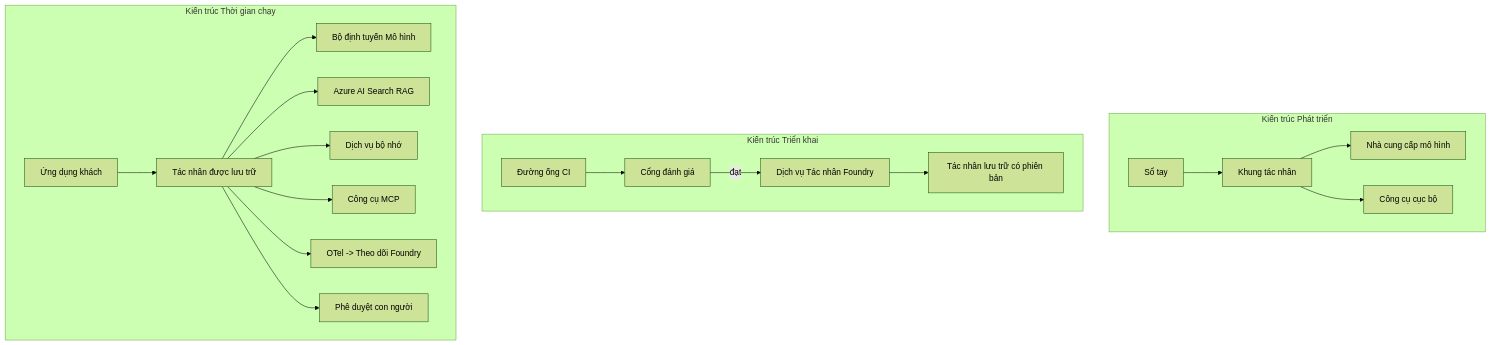
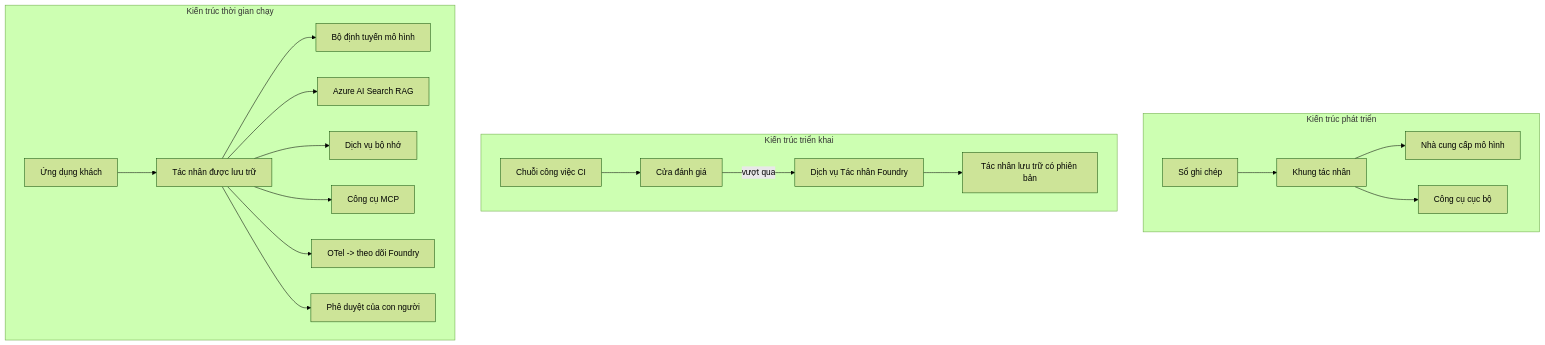
Before and after one commit to gabrielmoreira/agent-skills-mirror: the fourth of 4 diagrams in mirrors/repos/microsoft@ai-agents-for-beginners/translations/vi/16-deploying-scalable-agents/README.md, drawn with Mermaid (forest theme). The commit also changed other lines of this file and 4262 other files, not shown here.

````diff
--- a/mirrors/repos/microsoft@ai-agents-for-beginners/translations/vi/16-deploying-scalable-agents/README.md
+++ b/mirrors/repos/microsoft@ai-agents-for-beginners/translations/vi/16-deploying-scalable-agents/README.md
@@ -185,22 +185,22 @@
 ```mermaid
 flowchart TB
-    subgraph Dev[Kiến trúc Phát triển]
-        D1[Sổ tay] --> D2[Khung tác nhân]
+    subgraph Dev[Kiến trúc phát triển]
+        D1[Sổ ghi chép] --> D2[Khung tác nhân]
         D2 --> D3[Nhà cung cấp mô hình]
         D2 --> D4[Công cụ cục bộ]
     end
-    subgraph Deploy[Kiến trúc Triển khai]
-        E1[Đường ống CI] --> E2[Cổng đánh giá]
-        E2 -->|đạt| E3[Dịch vụ Tác nhân Foundry]
+    subgraph Deploy[Kiến trúc triển khai]
+        E1[Chuỗi công việc CI] --> E2[Cửa đánh giá]
+        E2 -->|vượt qua| E3[Dịch vụ Tác nhân Foundry]
         E3 --> E4[Tác nhân lưu trữ có phiên bản]
     end
-    subgraph Run[Kiến trúc Thời gian chạy]
+    subgraph Run[Kiến trúc thời gian chạy]
         F1[Ứng dụng khách] --> F2[Tác nhân được lưu trữ]
-        F2 --> F3[Bộ định tuyến Mô hình]
+        F2 --> F3[Bộ định tuyến mô hình]
         F2 --> F4[Azure AI Search RAG]
         F2 --> F5[Dịch vụ bộ nhớ]
         F2 --> F6[Công cụ MCP]
-        F2 --> F7[OTel -> Theo dõi Foundry]
-        F2 --> F8[Phê duyệt con người]
+        F2 --> F7[OTel -> theo dõi Foundry]
+        F2 --> F8[Phê duyệt của con người]
     end
 ```
````
